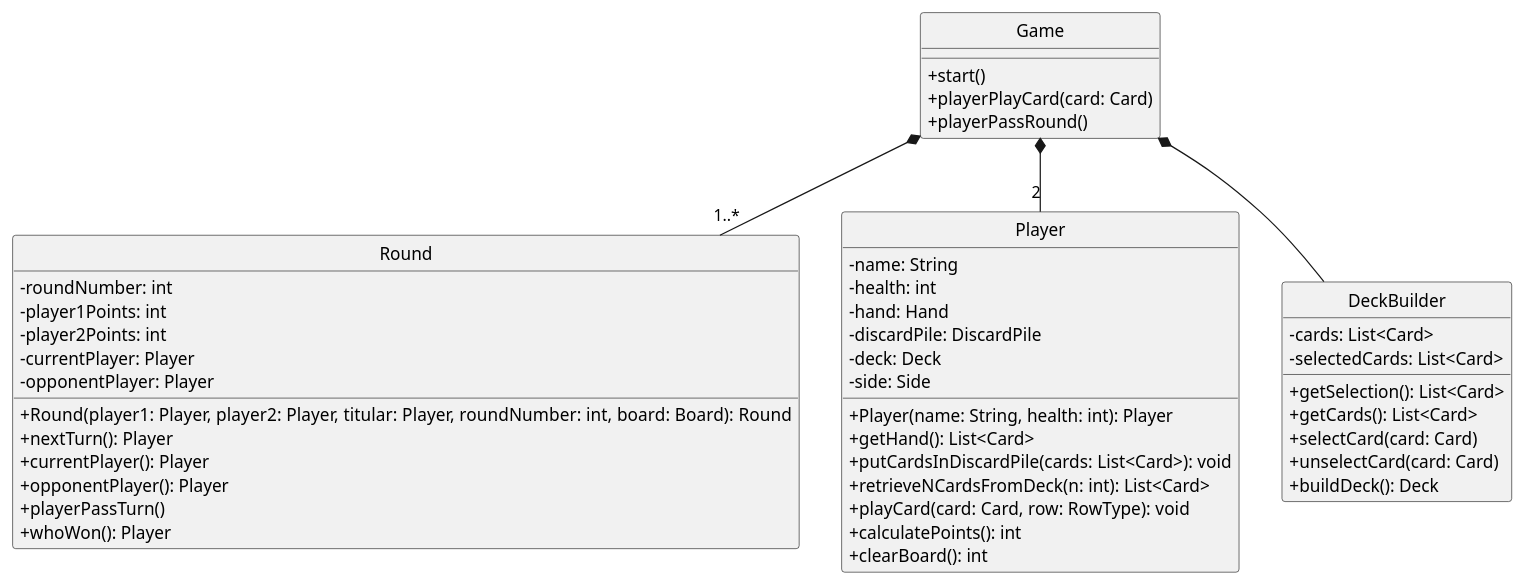
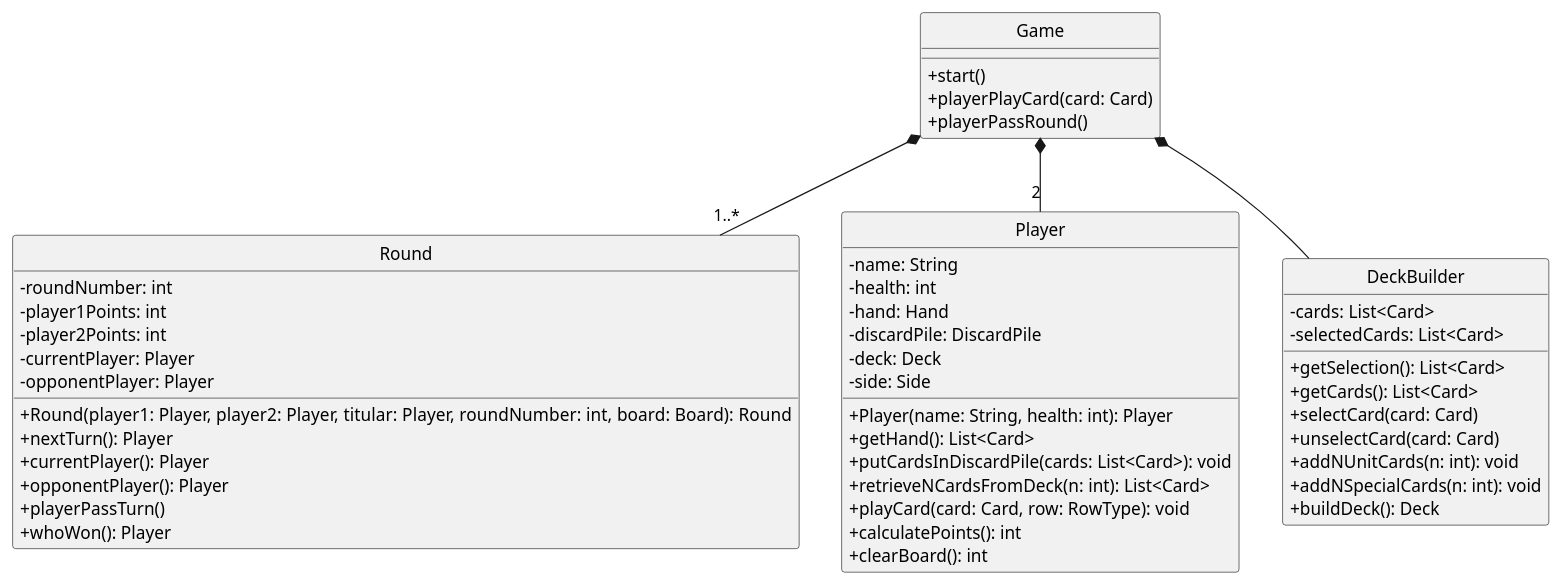
The diagram in diagrams/classes/game.plantuml (Yonhir/algo3_proyecto_base_tp2), drawn with PlantUML before and after one commit.

Commit message:
métodos agregados en clase DeckBuilder

```diff
--- a/diagrams/classes/game.plantuml
+++ b/diagrams/classes/game.plantuml
@@ -1,64 +1,66 @@
 @startuml
 
 skinparam monochrome true
 hide circle
 skinparam classAttributeIconSize 0
 
 ' =====================
 ' GAME
 ' =====================
 class Game {
   +start()
   +playerPlayCard(card: Card)
   +playerPassRound()
 }
 
 class Round {
   -roundNumber: int
   -player1Points: int
   -player2Points: int
   -currentPlayer: Player
   -opponentPlayer: Player
   +Round(player1: Player, player2: Player, titular: Player, roundNumber: int, board: Board): Round
   +nextTurn(): Player
   +currentPlayer(): Player
   +opponentPlayer(): Player
   +playerPassTurn()
   +whoWon(): Player
 }
 
 class Player {
   -name: String
   -health: int
   -hand: Hand
   -discardPile: DiscardPile
   -deck: Deck
   -side: Side
   +Player(name: String, health: int): Player
   +getHand(): List<Card>
   +putCardsInDiscardPile(cards: List<Card>): void
   +retrieveNCardsFromDeck(n: int): List<Card>
   +playCard(card: Card, row: RowType): void
   +calculatePoints(): int
   +clearBoard(): int
 }
 
 class DeckBuilder {
   -cards: List<Card>
   -selectedCards: List<Card>
   +getSelection(): List<Card>
   +getCards(): List<Card>
   +selectCard(card: Card)
   +unselectCard(card: Card)
+  +addNUnitCards(n: int): void
+  +addNSpecialCards(n: int): void
   +buildDeck(): Deck
 }
 
 ' =====================
 ' RELATIONSHIPS
 ' =====================
 
 Game *-- "1..*" Round
 Game *-- "2" Player
 Game *-- DeckBuilder
 
 @enduml
```
